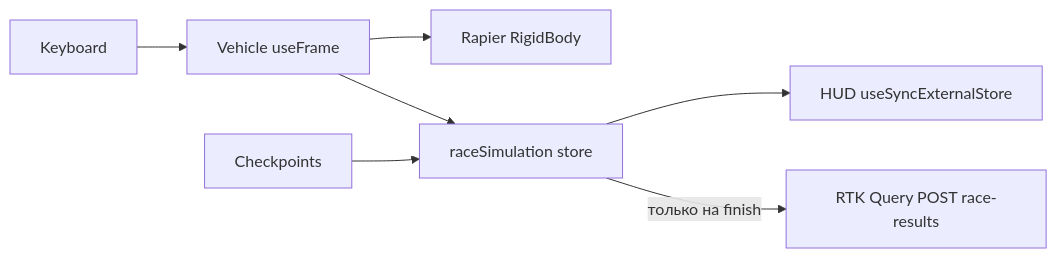
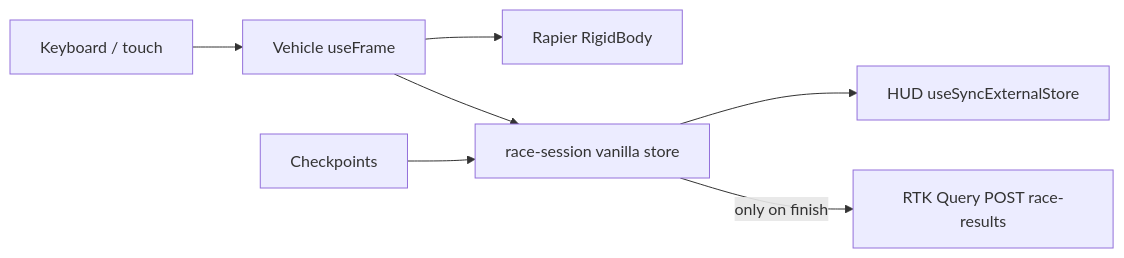
One commit to ramach05/3D-WEB-Racing-Platform changed the third of 3 diagrams in README.md. Above: the diagram before and after it, drawn with Mermaid. The commit also changed other lines of this file and 6 other files, not shown here.

````diff
--- a/README.md
+++ b/README.md
@@ -58,9 +84,9 @@
 ```mermaid
 flowchart LR
-  Input[Keyboard] --> Ctrl[Vehicle useFrame]
+  Input[Keyboard / touch] --> Ctrl[Vehicle useFrame]
   Ctrl --> Rapier[Rapier RigidBody]
-  Sensors[Checkpoints] --> Sim[raceSimulation store]
+  Sensors[Checkpoints] --> Sim[race-session vanilla store]
   Ctrl --> Sim
   Sim --> Hud[HUD useSyncExternalStore]
-  Sim -->|"только на finish"| Rtk[RTK Query POST race-results]
+  Sim -->|"only on finish"| Rtk[RTK Query POST race-results]
 ```
````
